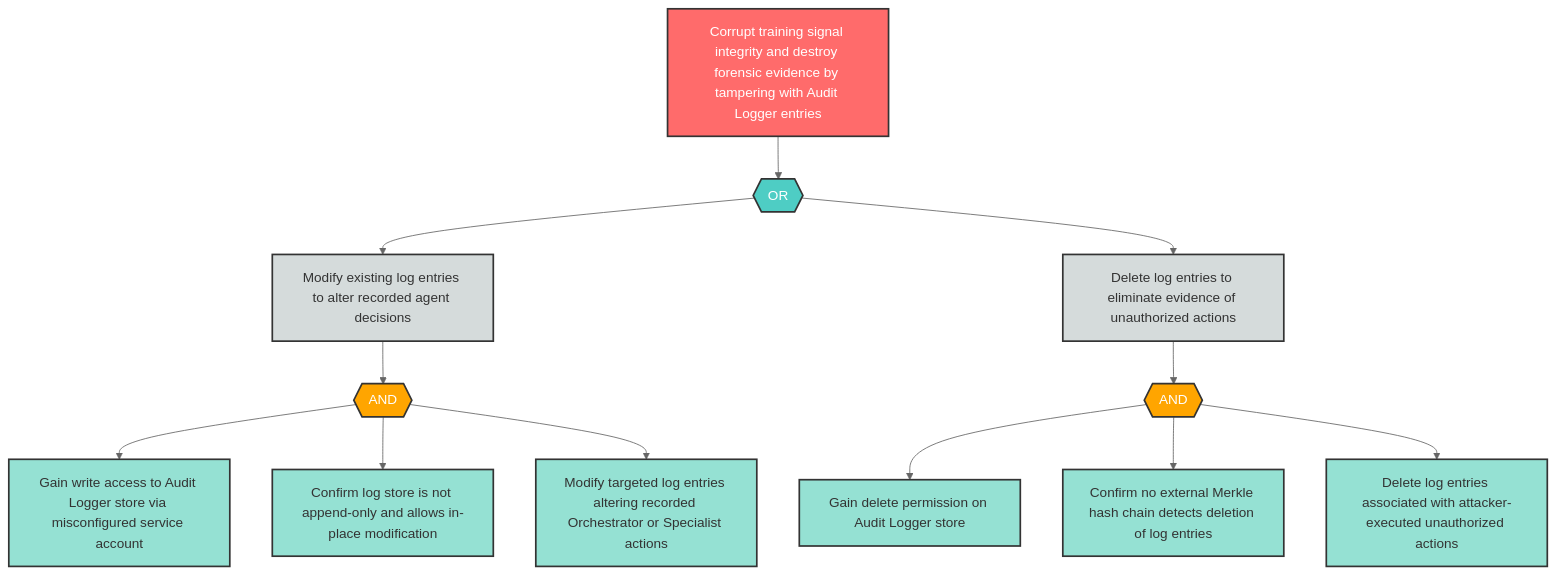
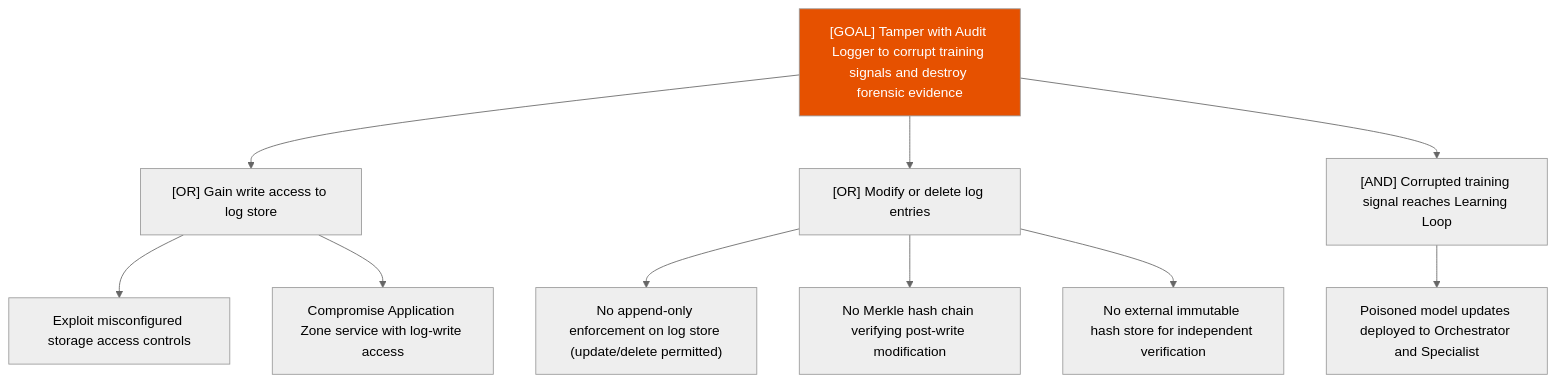
The diagram in examples/agentic-app/sample-report/attack-trees/t-7-attack-tree.md (q-qp-p/davidmatousek-tachi), drawn with Mermaid (neutral theme) before and after one commit. The commit also changed other lines of this file and 132 other files, not shown here.

````diff
--- a/examples/agentic-app/sample-report/attack-trees/t-7-attack-tree.md
+++ b/examples/agentic-app/sample-report/attack-trees/t-7-attack-tree.md
@@ -8,39 +7,15 @@
 ```mermaid
-flowchart TD
-    T7_root["Corrupt training signal integrity and destroy forensic evidence by tampering with Audit Logger entries"]
-    T7_or1{{"OR"}}
-    T7_sub1["Modify existing log entries to alter recorded agent decisions"]
-    T7_sub2["Delete log entries to eliminate evidence of unauthorized actions"]
-    T7_and1{{"AND"}}
-    T7_leaf1["Gain write access to Audit Logger store via misconfigured service account"]
-    T7_leaf2["Confirm log store is not append-only and allows in-place modification"]
-    T7_leaf3["Modify targeted log entries altering recorded Orchestrator or Specialist actions"]
-    T7_and2{{"AND"}}
-    T7_leaf4["Gain delete permission on Audit Logger store"]
-    T7_leaf5["Confirm no external Merkle hash chain detects deletion of log entries"]
-    T7_leaf6["Delete log entries associated with attacker-executed unauthorized actions"]
-
-    T7_root --> T7_or1
-    T7_or1 --> T7_sub1
-    T7_or1 --> T7_sub2
-    T7_sub1 --> T7_and1
-    T7_and1 --> T7_leaf1
-    T7_and1 --> T7_leaf2
-    T7_and1 --> T7_leaf3
-    T7_sub2 --> T7_and2
-    T7_and2 --> T7_leaf4
-    T7_and2 --> T7_leaf5
-    T7_and2 --> T7_leaf6
-
-    classDef goal fill:#ff6b6b,stroke:#333,stroke-width:2px,color:#fff
-    classDef andGate fill:#ffa500,stroke:#333,stroke-width:2px,color:#fff
-    classDef orGate fill:#4ecdc4,stroke:#333,stroke-width:2px,color:#fff
-    classDef subGoal fill:#d5dbdb,stroke:#333,stroke-width:2px,color:#333
-    classDef leaf fill:#95e1d3,stroke:#333,stroke-width:2px,color:#333
-
-    class T7_root goal
-    class T7_or1 orGate
-    class T7_and1,T7_and2 andGate
-    class T7_sub1,T7_sub2 subGoal
-    class T7_leaf1,T7_leaf2,T7_leaf3,T7_leaf4,T7_leaf5,T7_leaf6 leaf
+graph TD
+    Goal["[GOAL] Tamper with Audit Logger to corrupt training signals and destroy forensic evidence"]
+    Goal --> A["[OR] Gain write access to log store"]
+    A --> A1["Exploit misconfigured storage access controls"]
+    A --> A2["Compromise Application Zone service with log-write access"]
+    Goal --> B["[OR] Modify or delete log entries"]
+    B --> B1["No append-only enforcement on log store (update/delete permitted)"]
+    B --> B2["No Merkle hash chain verifying post-write modification"]
+    B --> B3["No external immutable hash store for independent verification"]
+    Goal --> C["[AND] Corrupted training signal reaches Learning Loop"]
+    C --> C1["Poisoned model updates deployed to Orchestrator and Specialist"]
+    classDef high fill:#e65100,color:#fff
+    class Goal high
 ```
````
